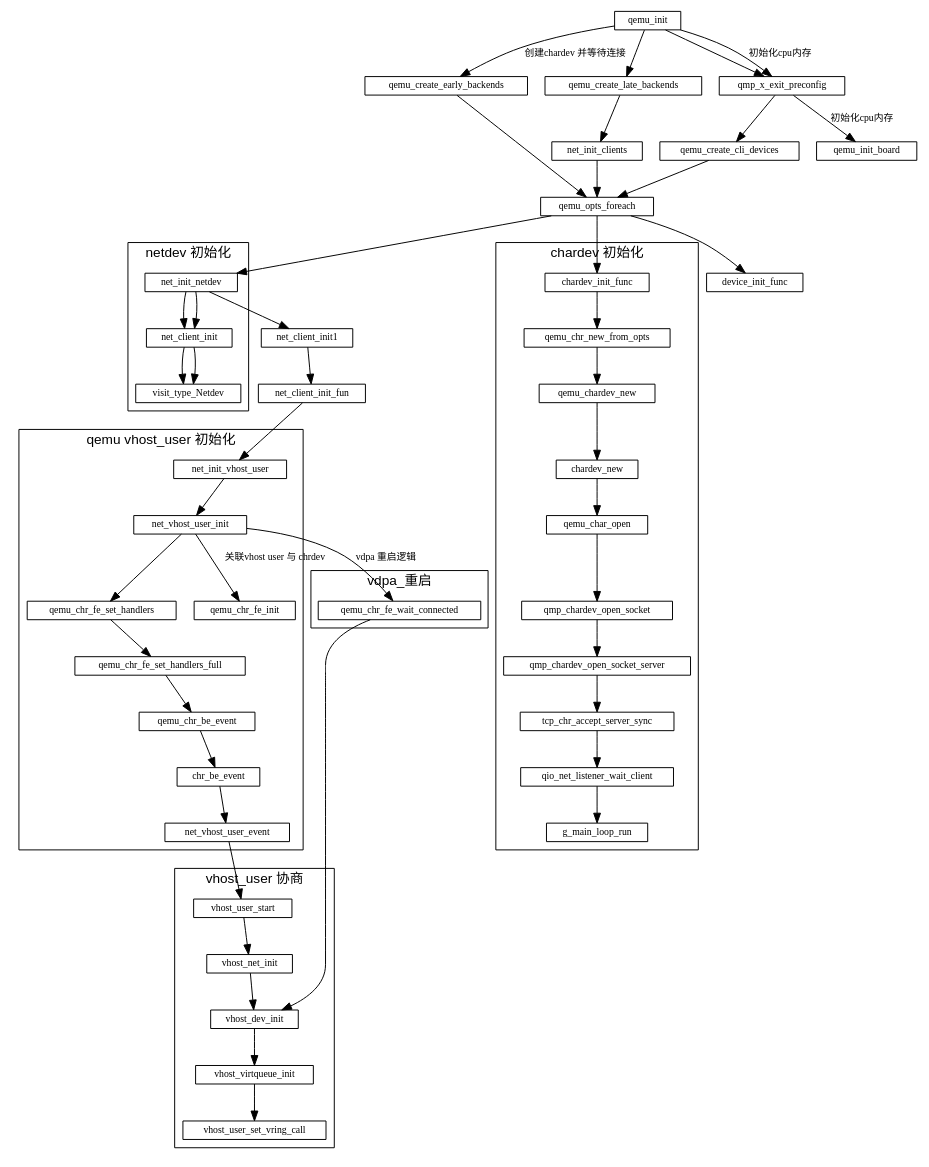
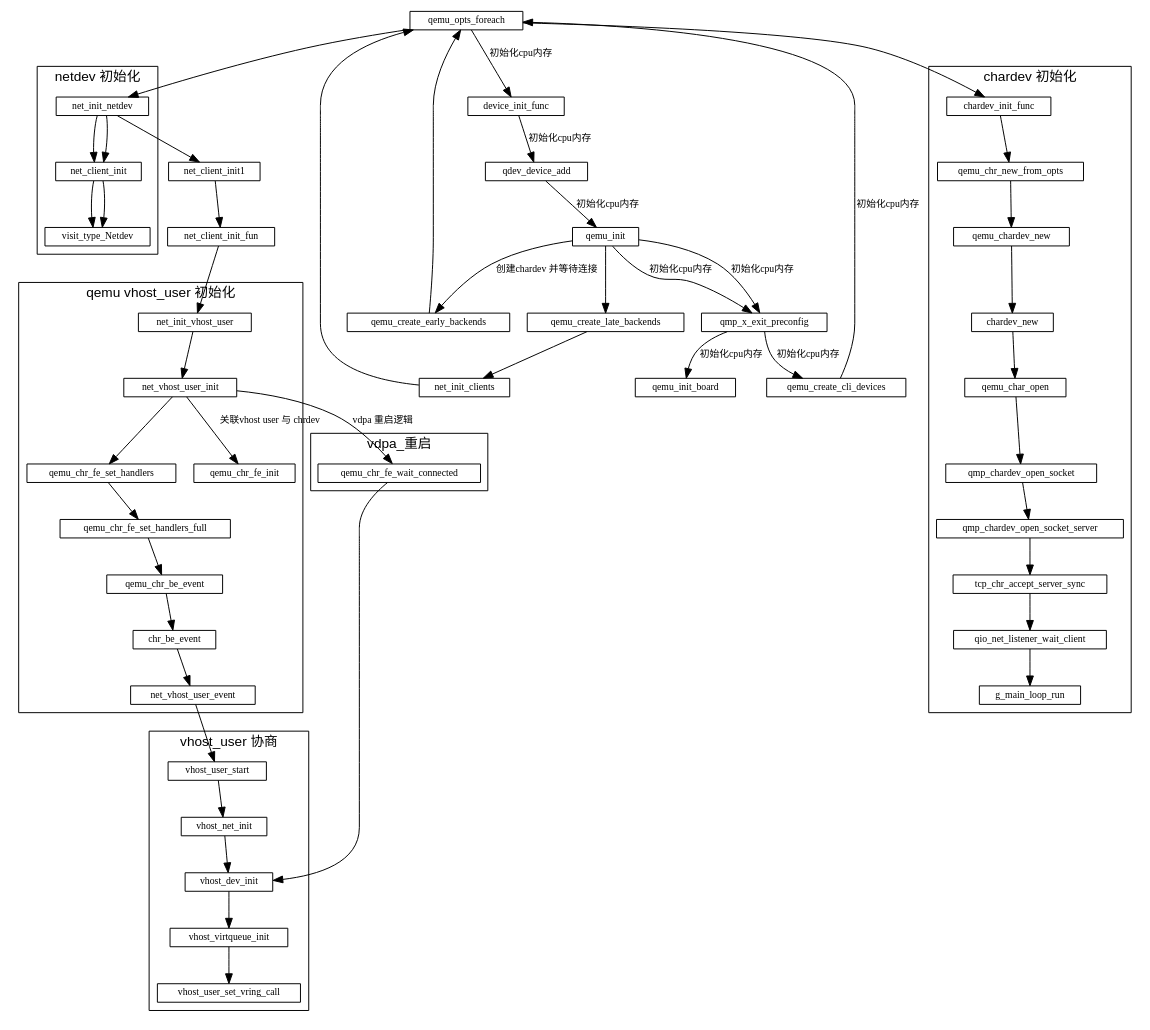
Before and after one commit to sisyphus1212/note: the diagram in qemu/qemu初始化.md, drawn with Graphviz.

Commit message:
auto_update

```diff
--- a/qemu/qemu初始化.md
+++ b/qemu/qemu初始化.md
@@ -96,7 +96,8 @@
               -> qemu_create_cli_devices
               -> qemu_opts_foreach
               -> device_init_func
-
+              -> qdev_device_add
+              ->
     qemu_init -> qmp_x_exit_preconfig
               -> qemu_init_board[label="初始化cpu内存"]
 
```
